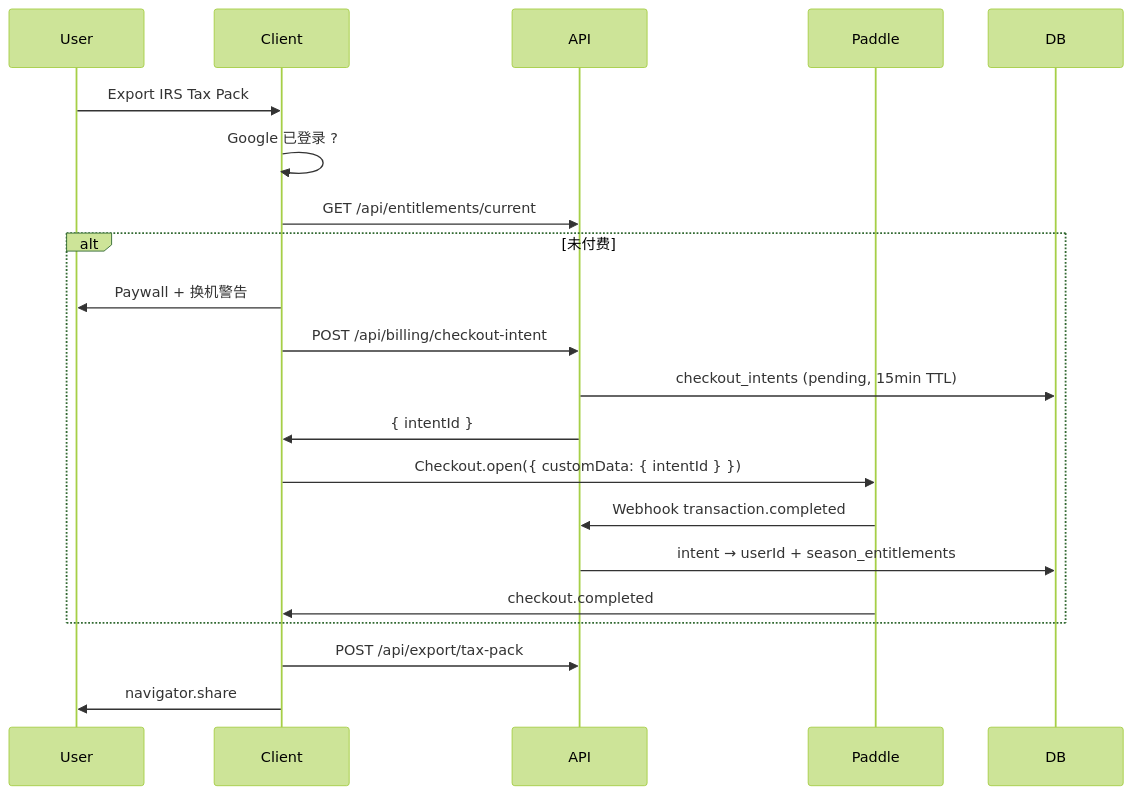
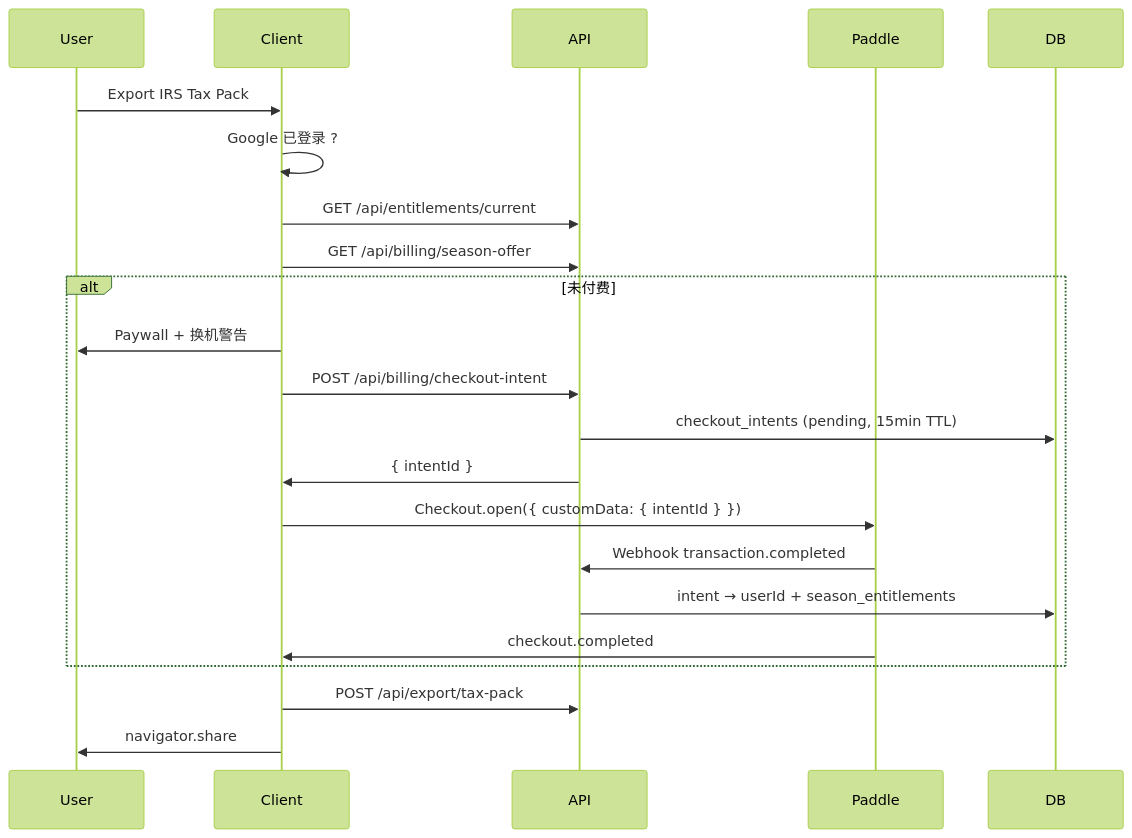
The diagram in docs/tech/07-paddle-billing.md (isgalloping/snaptax), drawn with Mermaid (forest theme) before and after one commit. The commit also changed other lines of this file and 3 other files, not shown here.

Commit message:
docs: document special checkout billing flow (#195)

````diff
--- a/docs/tech/07-paddle-billing.md
+++ b/docs/tech/07-paddle-billing.md
@@ -21,24 +24,25 @@
 ```mermaid
 sequenceDiagram
     participant User
     participant Client
     participant API
     participant Paddle
     participant DB
 
     User->>Client: Export IRS Tax Pack
     Client->>Client: Google 已登录 ?
     Client->>API: GET /api/entitlements/current
+    Client->>API: GET /api/billing/season-offer
     alt 未付费
         Client->>User: Paywall + 换机警告
         Client->>API: POST /api/billing/checkout-intent
         API->>DB: checkout_intents (pending, 15min TTL)
         API->>Client: { intentId }
         Client->>Paddle: Checkout.open({ customData: { intentId } })
         Paddle->>API: Webhook transaction.completed
         API->>DB: intent → userId + season_entitlements
         Paddle->>Client: checkout.completed
     end
     Client->>API: POST /api/export/tax-pack
     Client->>User: navigator.share
 ```
````
